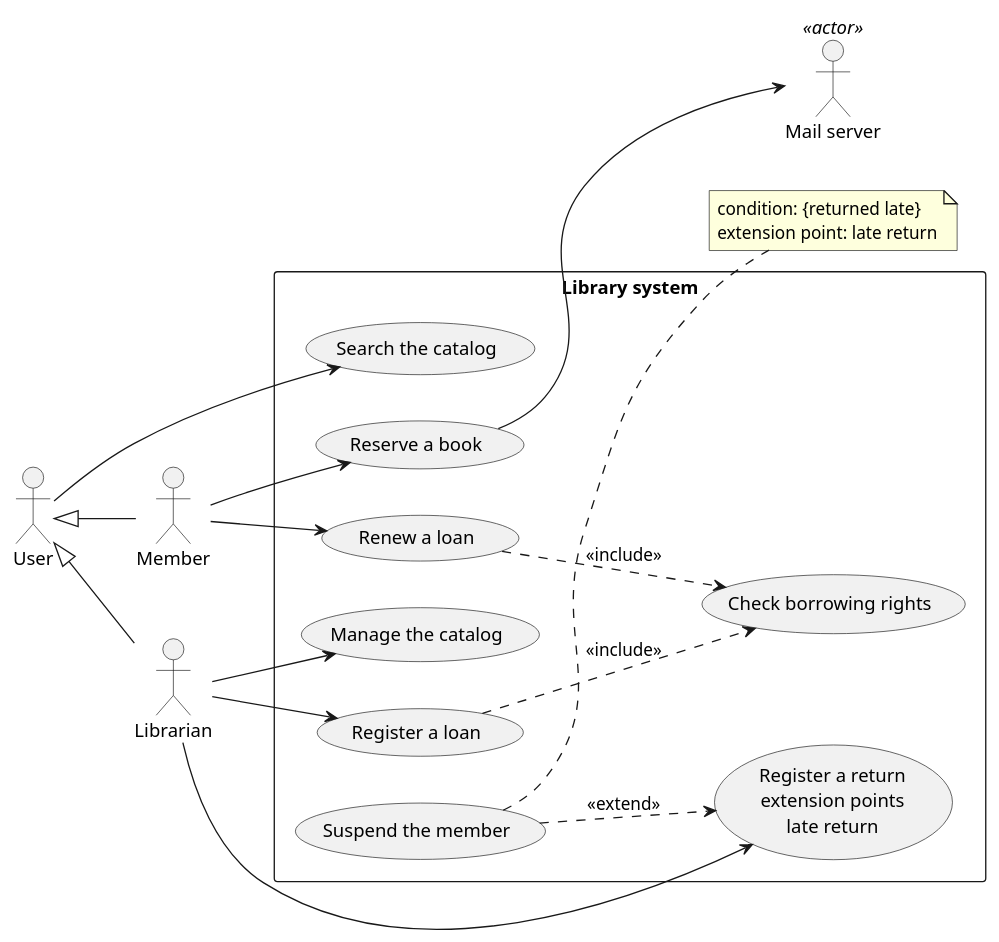
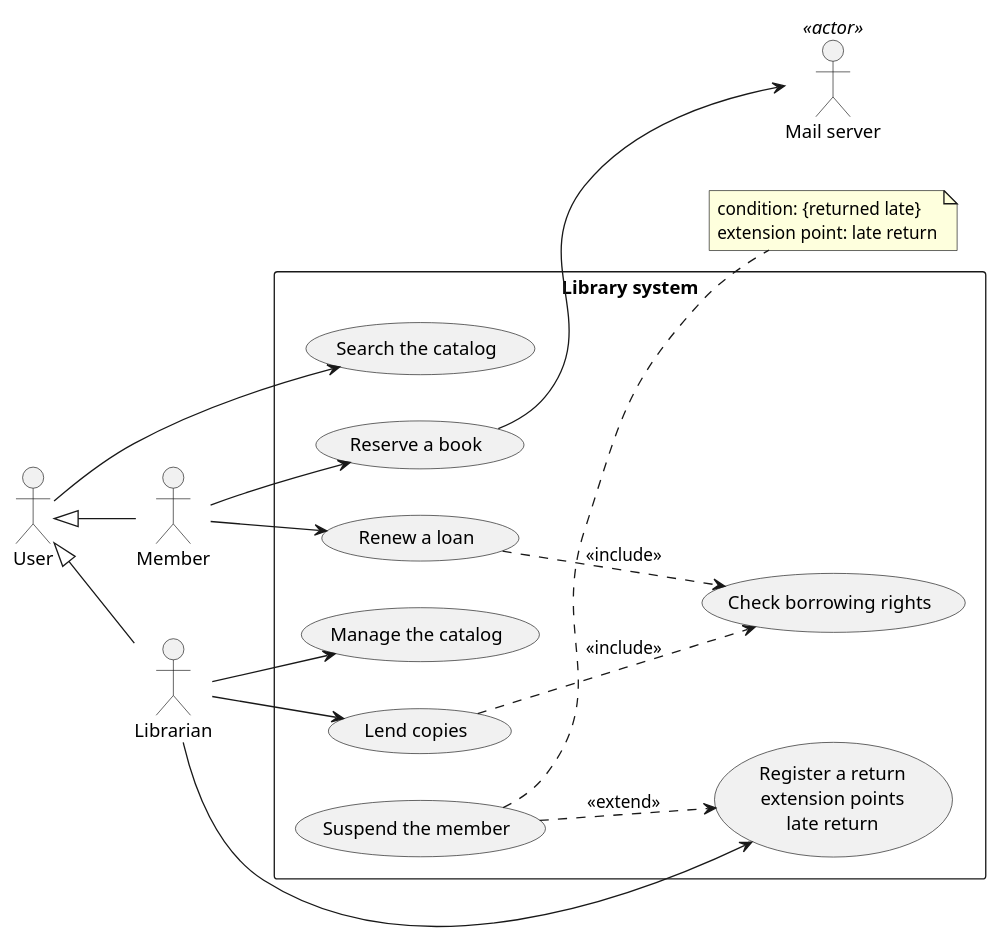
The diagram in docs/uml/use-cases.puml (nour26-ai/tp2-library), drawn with PlantUML before and after one commit.

Commit message:
Rename Register a loan to Lend copies

```diff
--- a/docs/uml/use-cases.puml
+++ b/docs/uml/use-cases.puml
@@ -1,59 +1,59 @@
 @startuml
 ' جعل الاتجاه من اليسار إلى اليمين لتنظيم الرسمة بشكل أفضل
 left to right direction
 
 ' --- 1. تعريف المستخدمين (Actors) ---
 actor User
 actor Member
 actor Librarian
 actor "Mail server" as Mail <<actor>>
 
 ' --- 2. علاقات الوراثة (Generalization) ---
 ' العضو والمكتبي هما نوعان من المستخدم (User)
 User <|-- Member
 User <|-- Librarian
 
 ' --- 3. حدود النظام (System Boundary) ---
 rectangle "Library system" {
     ' تعريف حالات الاستخدام (Use Cases)
     usecase "Search the catalog" as Search
     usecase "Reserve a book" as Reserve
     usecase "Renew a loan" as Renew
-    usecase "Register a loan" as Lend
+    usecase "Lend copies" as Lend
     
     ' حالة استخدام تحتوي على نقطة تمديد (Extension Point) على عدة أسطر
     usecase Return as "Register a return
     extension points
     late return"
     
     usecase "Manage the catalog" as Manage
     usecase "Check borrowing rights" as Check
     usecase "Suspend the member" as Suspend
 
     ' --- 4. ربط الأكتورز بحالات الاستخدام ---
     User --> Search
     Member --> Reserve
     Member --> Renew
     Librarian --> Lend
     Librarian --> Return
     Librarian --> Manage
 
     ' --- 5. علاقات التضمين والتمديد (Include & Extend) ---
     ' التحقق من حقوق الاستعارة مطلوب دائماً عند تجديد أو تسجيل إعارة
     Renew ..> Check : <<include>>
     Lend ..> Check : <<include>>
     
     ' تعليق العضوية يتم كإمتداد لحالة إرجاع الكتاب في حال التأخير
     Suspend ..> Return : <<extend>>
 }
 
 ' --- 6. ربط خارجي مع سيرفر البريد ---
 Reserve --> Mail
 
 ' --- 7. إضافة الملاحظة (Note) الخاصة بشرط التأخير ---
 note right of Suspend
   condition: {returned late}
   extension point: late return
 end note
 
 @enduml
```
